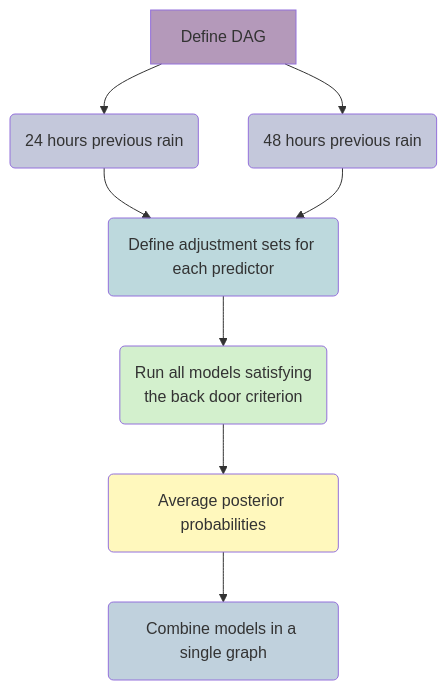
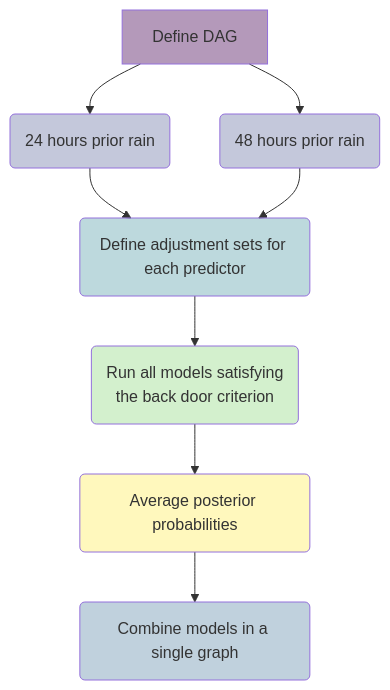
One commit to maRce10/Lemur_frog_calling_activity changed the diagram in scripts/statistical analysis_for_supplementary_materials.qmd. Above: the diagram before and after it, drawn with Mermaid. The commit also changed other lines of this file and 6 other files, not shown here.

````diff
--- a/scripts/statistical analysis_for_supplementary_materials.qmd
+++ b/scripts/statistical analysis_for_supplementary_materials.qmd
@@ -55,20 +55,20 @@
 ```{mermaid}
 
 flowchart
-  A[Define DAG] --> B(24 hours previous rain) 
-  A --> C(48 hours previous rain)
+  A[Define DAG] --> B(24 hours prior rain) 
+  A --> C(48 hours prior rain)
   B --> D(Define adjustment sets for each predictor)
   C --> D
   D --> E(Run all models satisfying\nthe back door criterion)
   E --> F(Average posterior probabilities) 
   F --> G(Combine models in a single graph) 
 
 style A fill:#44015466
 style B fill:#3E4A894D
 style C fill:#3E4A894D
 style D fill:#26828E4D
 style E fill:#6DCD594D
 style F fill:#FDE7254D
 style G fill:#31688E4D
 
 ```
````
